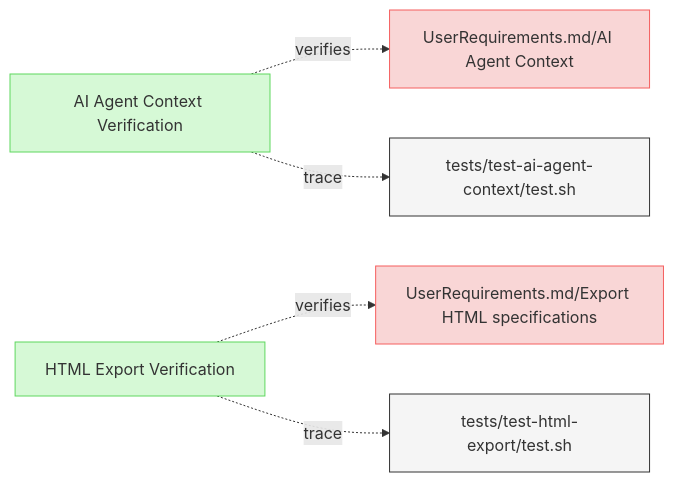
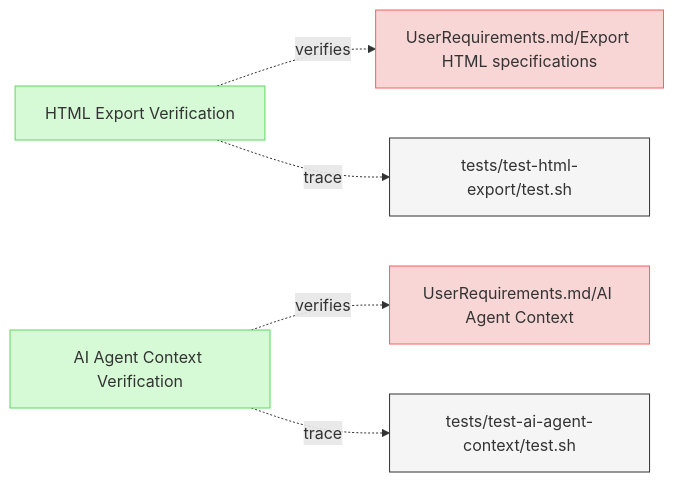
One commit to reqvire-org/reqvire changed the diagram in specifications/Verifications/Misc.md. Above: the diagram before and after it, drawn with Mermaid. The commit also changed 16 other files, not shown here.

````diff
--- a/specifications/Verifications/Misc.md
+++ b/specifications/Verifications/Misc.md
@@ -6,31 +6,31 @@
 ```mermaid
 graph LR;
   %% Graph styling
   classDef requirement fill:#f9d6d6,stroke:#f55f5f,stroke-width:1px;
   classDef verification fill:#d6f9d6,stroke:#5fd75f,stroke-width:1px;
   classDef externalLink fill:#d0e0ff,stroke:#3080ff,stroke-width:1px;
   classDef default fill:#f5f5f5,stroke:#333333,stroke-width:1px;
 
+  ee855bb5e5d1f05b["HTML Export Verification"];
+  click ee855bb5e5d1f05b "https://github.com/Reqvire/reqvire/blob/92e82ef235559b4819fd85d700024b79b452d8e3/specifications/Verifications/Misc.md#html-export-verification";
+  class ee855bb5e5d1f05b verification;
+  d9686a154fe87b2["UserRequirements.md/Export HTML specifications"];
+  class d9686a154fe87b2 requirement;
+  click d9686a154fe87b2 "https://github.com/Reqvire/reqvire/blob/92e82ef235559b4819fd85d700024b79b452d8e3/specifications/UserRequirements.md#export-html-specifications";
+  ee855bb5e5d1f05b -.->|verifies| d9686a154fe87b2;
+  ca710f5a0e5dfc5d["tests/test-html-export/test.sh"];
+  class ca710f5a0e5dfc5d default;
+  click ca710f5a0e5dfc5d "https://github.com/Reqvire/reqvire/blob/92e82ef235559b4819fd85d700024b79b452d8e3/tests/test-html-export/test.sh";
+  ee855bb5e5d1f05b -.->|trace| ca710f5a0e5dfc5d;
   3c6410e3387503c0["AI Agent Context Verification"];
-  click 3c6410e3387503c0 "https://github.com/Reqvire/reqvire/blob/b8c43d2689b933838bf1838d8a4cdf3393c9014f/specifications/Verifications/Misc.md#ai-agent-context-verification";
+  click 3c6410e3387503c0 "https://github.com/Reqvire/reqvire/blob/92e82ef235559b4819fd85d700024b79b452d8e3/specifications/Verifications/Misc.md#ai-agent-context-verification";
   class 3c6410e3387503c0 verification;
   7fd9156eac77c270["UserRequirements.md/AI Agent Context"];
   class 7fd9156eac77c270 requirement;
-  click 7fd9156eac77c270 "https://github.com/Reqvire/reqvire/blob/b8c43d2689b933838bf1838d8a4cdf3393c9014f/specifications/UserRequirements.md#ai-agent-context";
+  click 7fd9156eac77c270 "https://github.com/Reqvire/reqvire/blob/92e82ef235559b4819fd85d700024b79b452d8e3/specifications/UserRequirements.md#ai-agent-context";
   3c6410e3387503c0 -.->|verifies| 7fd9156eac77c270;
   6dc663bb31c3eb65["tests/test-ai-agent-context/test.sh"];
   class 6dc663bb31c3eb65 default;
-  click 6dc663bb31c3eb65 "https://github.com/Reqvire/reqvire/blob/b8c43d2689b933838bf1838d8a4cdf3393c9014f/tests/test-ai-agent-context/test.sh";
+  click 6dc663bb31c3eb65 "https://github.com/Reqvire/reqvire/blob/92e82ef235559b4819fd85d700024b79b452d8e3/tests/test-ai-agent-context/test.sh";
   3c6410e3387503c0 -.->|trace| 6dc663bb31c3eb65;
-  ee855bb5e5d1f05b["HTML Export Verification"];
-  click ee855bb5e5d1f05b "https://github.com/Reqvire/reqvire/blob/b8c43d2689b933838bf1838d8a4cdf3393c9014f/specifications/Verifications/Misc.md#html-export-verification";
-  class ee855bb5e5d1f05b verification;
-  d9686a154fe87b2["UserRequirements.md/Export HTML specifications"];
-  class d9686a154fe87b2 requirement;
-  click d9686a154fe87b2 "https://github.com/Reqvire/reqvire/blob/b8c43d2689b933838bf1838d8a4cdf3393c9014f/specifications/UserRequirements.md#export-html-specifications";
-  ee855bb5e5d1f05b -.->|verifies| d9686a154fe87b2;
-  ca710f5a0e5dfc5d["tests/test-html-export/test.sh"];
-  class ca710f5a0e5dfc5d default;
-  click ca710f5a0e5dfc5d "https://github.com/Reqvire/reqvire/blob/b8c43d2689b933838bf1838d8a4cdf3393c9014f/tests/test-html-export/test.sh";
-  ee855bb5e5d1f05b -.->|trace| ca710f5a0e5dfc5d;
 ```
````
